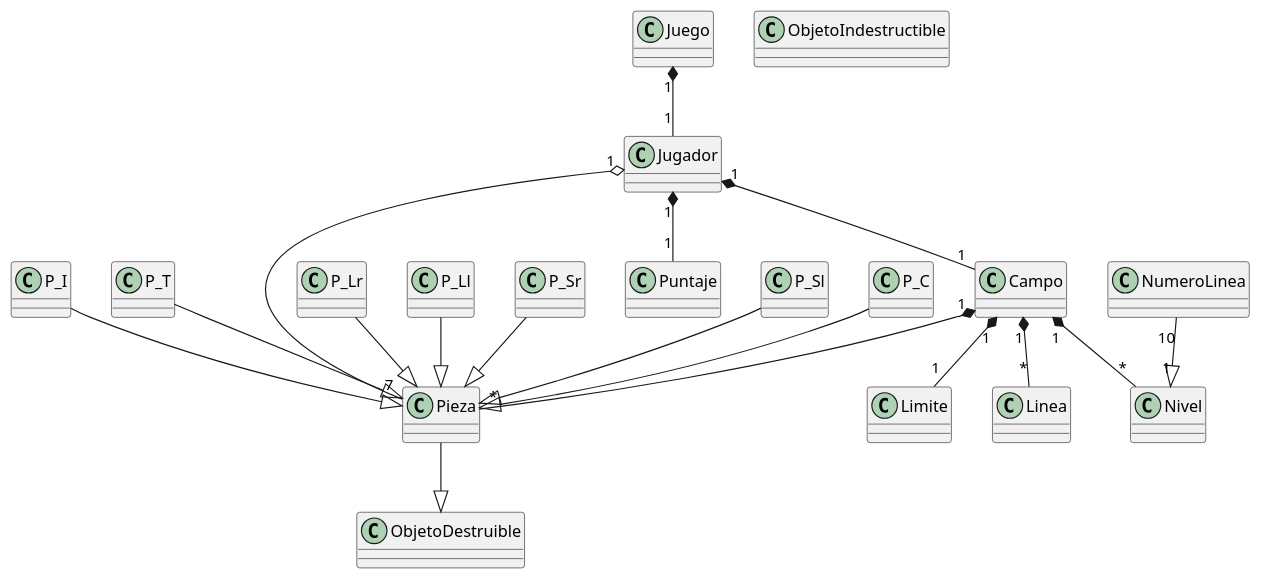
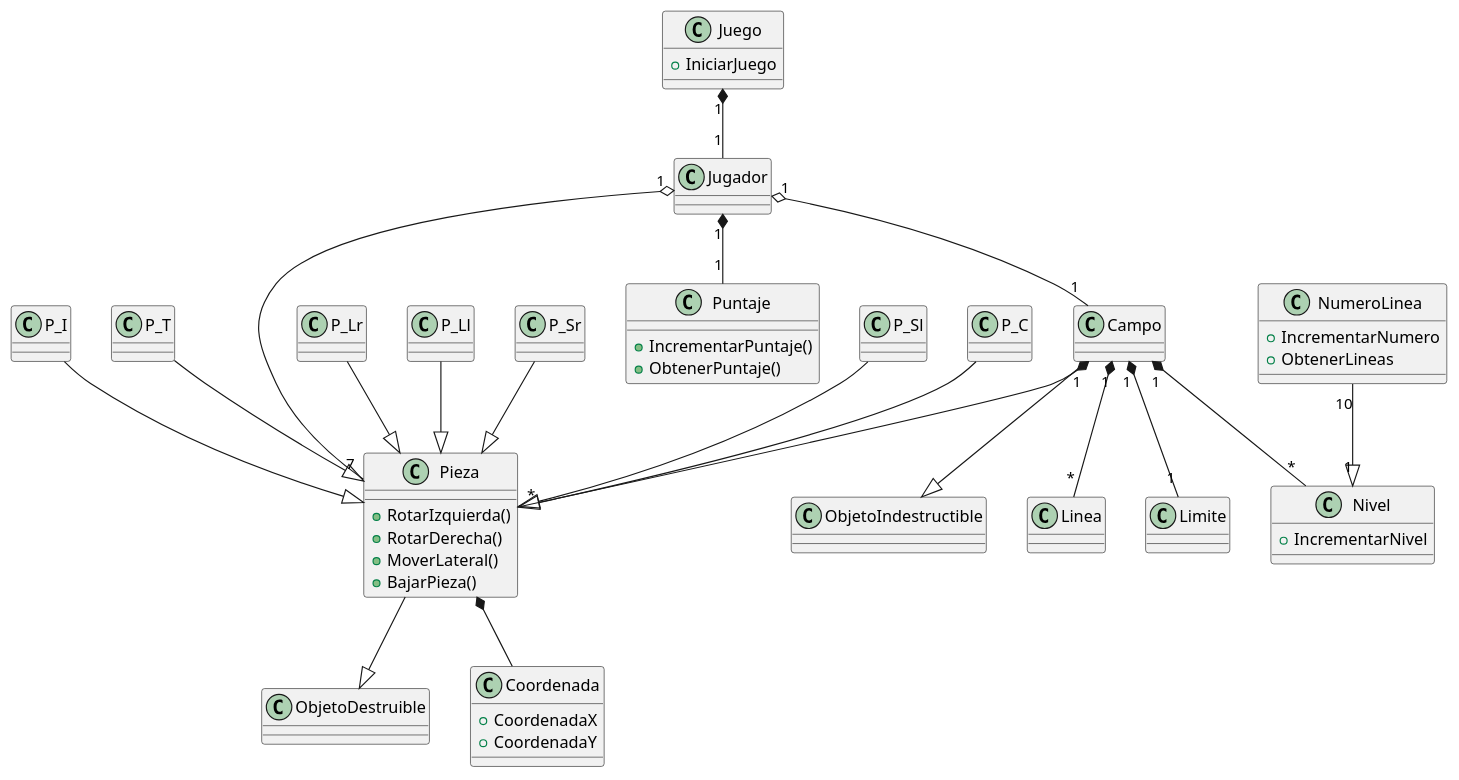
One commit to SpyBubbles/Tetris changed the diagram in docs/tetris.puml. Above: the diagram before and after it, drawn with PlantUML. The commit also changed 2 other files, not shown here.

```diff
--- a/docs/tetris.puml
+++ b/docs/tetris.puml
@@ -1,41 +1,62 @@
 @startuml Tetris
 
-class Juego
+class Juego{
+    + IniciarJuego
+}
 class Jugador
 
 class Campo
-class Pieza 
+class Pieza{
+    + RotarIzquierda()
+    + RotarDerecha()
+    + MoverLateral()
+    + BajarPieza()
+}
 class P_C
 class P_I
 class P_T
 class P_Lr
 class P_Ll
 class P_Sr
 class P_Sl
-class Puntaje
-class Nivel
-class NumeroLinea
+class Puntaje{
+    + IncrementarPuntaje()
+    + ObtenerPuntaje()
+}
+class Nivel{
+    + IncrementarNivel
+}
+class NumeroLinea{
+    + IncrementarNumero
+    + ObtenerLineas
+}
 class Limite
 class ObjetoDestruible
 class ObjetoIndestructible
+class Coordenada{
+    + CoordenadaX
+    + CoordenadaY
+}
 
 Juego "1" *-- "1" Jugador
-Jugador "1" *-- "1" Campo
+Jugador "1" o-- "1" Campo
 Jugador "1" *-- "1" Puntaje
 Jugador "1" o-- "7" Pieza
 Campo "1" *-- "*" Nivel
 Campo "1" *-- "*" Pieza
 Campo "1" *-- "*" Linea
 Campo "1" *-- "1" Limite
 NumeroLinea "10" --|> "1" Nivel 
 
+Campo --|> ObjetoIndestructible
 Pieza --|> ObjetoDestruible
 P_C --|> Pieza
 P_I --|> Pieza
 P_T --|> Pieza
 P_Lr --|> Pieza
 P_Ll --|> Pieza
 P_Sr --|> Pieza
 P_Sl --|> Pieza
+Pieza *-- Coordenada
 
 @enduml
```
